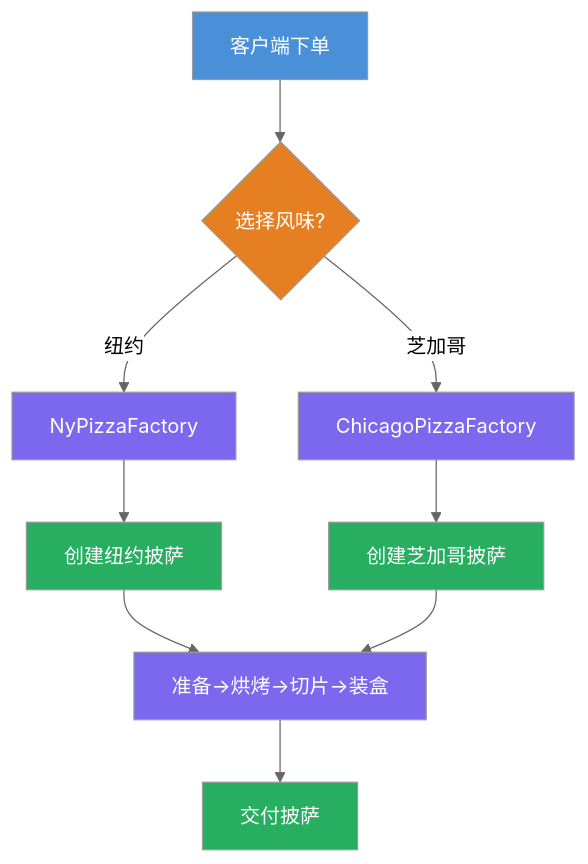
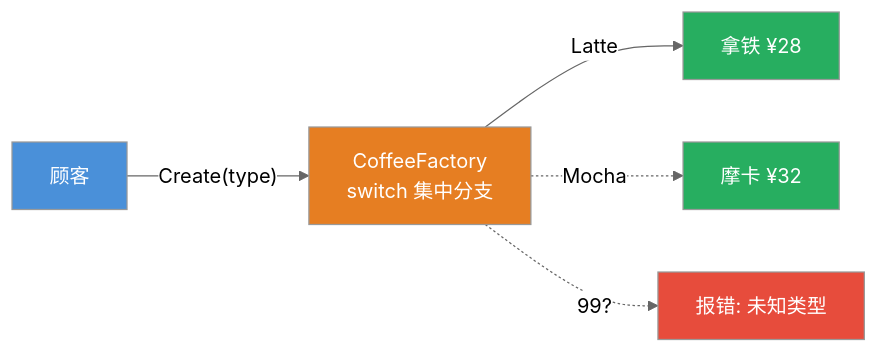
Before and after one commit to hollson/design_patterns: the second of 3 diagrams in FactoryPattern/README.md, drawn with Mermaid (neutral theme). The commit also changed other lines of this file and 40 other files, not shown here.

Commit message:
Optimize FactoryPattern: coffee + parser demos, drop duplicated folders

````diff
--- a/FactoryPattern/README.md
+++ b/FactoryPattern/README.md
@@ -31,20 +93,13 @@
 ```mermaid
-flowchart TD
-    A["客户端下单"] --> B{"选择风味?"}
-    B -- 纽约 --> C["NyPizzaFactory"]
-    B -- 芝加哥 --> D["ChicagoPizzaFactory"]
-    C --> E["创建纽约披萨"]
-    D --> F["创建芝加哥披萨"]
-    E --> G["准备→烘烤→切片→装盒"]
-    F --> G
-    G --> H["交付披萨"]
+flowchart LR
+    C["顾客"] -->|"Create(type)"| F["CoffeeFactory<br/>switch 集中分支"]
+    F -->|"Latte"| L["拿铁 ¥28"]
+    F -.->|"Mocha"| M["摩卡 ¥32"]
+    F -.->|"99?"| X["报错: 未知类型"]
 
-    style A fill:#4A90D9,color:#fff
-    style B fill:#E67E22,color:#fff
-    style C fill:#7B68EE,color:#fff
-    style D fill:#7B68EE,color:#fff
-    style E fill:#27AE60,color:#fff
-    style F fill:#27AE60,color:#fff
-    style G fill:#7B68EE,color:#fff
-    style H fill:#27AE60,color:#fff
+    style C fill:#4A90D9,color:#fff
+    style F fill:#E67E22,color:#fff
+    style L fill:#27AE60,color:#fff
+    style M fill:#27AE60,color:#fff
+    style X fill:#E74C3C,color:#fff
 ```
````
